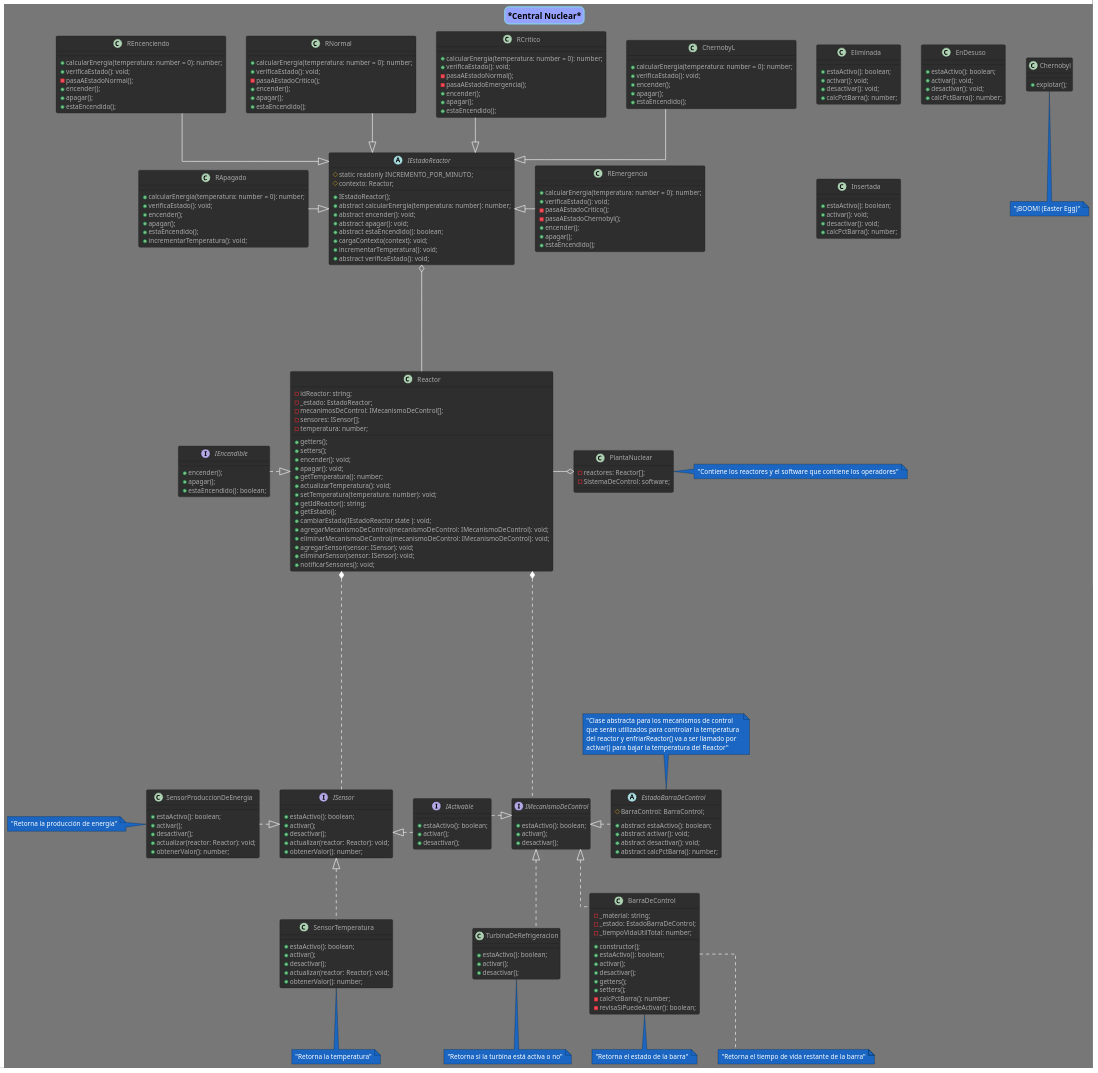
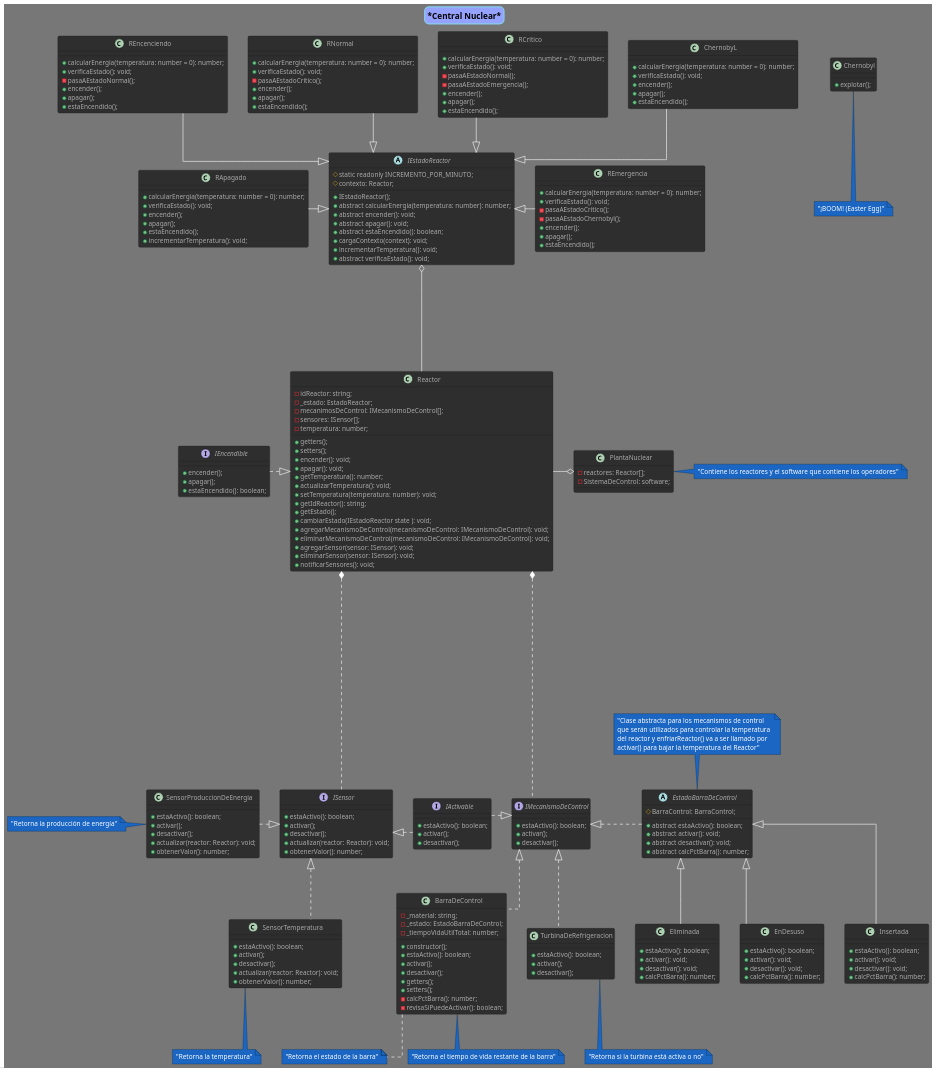
The diagram in diagrams/clases_central_nuclear.puml (fmiguezo/reactor_nuclear), drawn with PlantUML before and after one commit.

Commit message:
Agregadas las relaciones de estados de las barras de control

```diff
--- a/diagrams/clases_central_nuclear.puml
+++ b/diagrams/clases_central_nuclear.puml
@@ -226,6 +226,9 @@
 }
 
 'Relaciones
+EstadoBarraDeControl <|-- Eliminada
+EstadoBarraDeControl <|-- EnDesuso
+EstadoBarraDeControl <|-- Insertada
 Reactor -r-o PlantaNuclear
 Reactor *..... ISensor
 Reactor *...... IMecanismoDeControl
```
